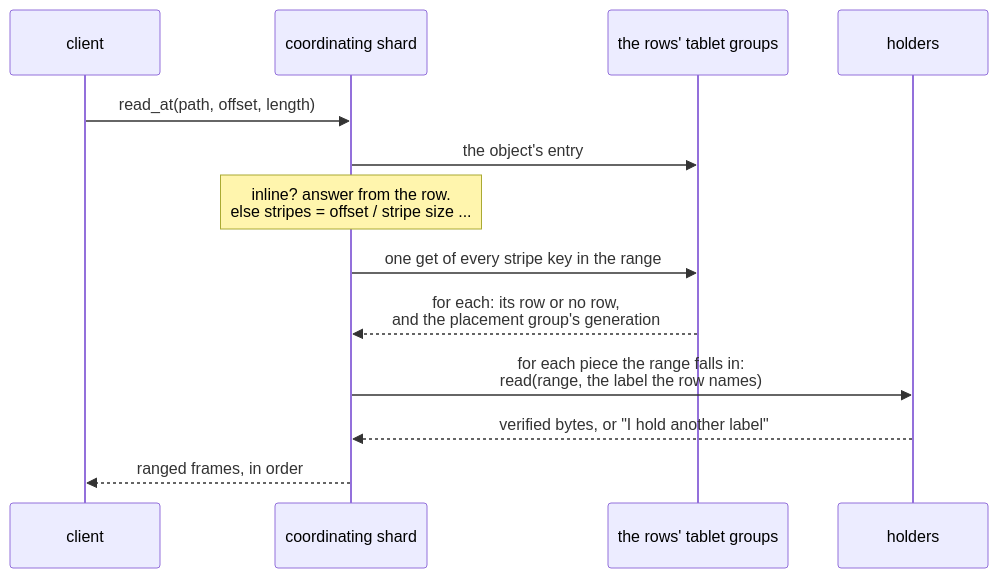
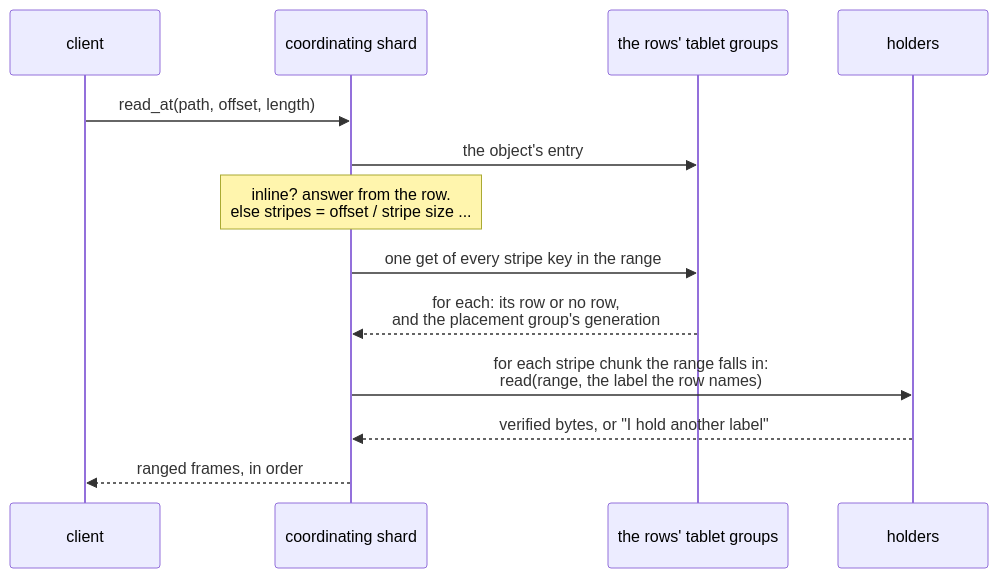
Before and after one commit to mjcarson/shoal: the diagram in docs/src/object-storage/read-path.md, drawn with Mermaid. The commit also changed other lines of this file and 78 other files, not shown here.

````diff
--- a/docs/src/object-storage/read-path.md
+++ b/docs/src/object-storage/read-path.md
@@ -34,15 +34,15 @@
 ```mermaid
 sequenceDiagram
     participant C as client
     participant N as coordinating shard
     participant G as the rows' tablet groups
     participant H as holders
     C->>N: read_at(path, offset, length)
     N->>G: the object's entry
     Note over N: inline? answer from the row.<br/>else stripes = offset / stripe size ...
     N->>G: one get of every stripe key in the range
     G-->>N: for each: its row or no row,<br/>and the placement group's generation
-    N->>H: for each piece the range falls in:<br/>read(range, the label the row names)
+    N->>H: for each stripe chunk the range falls in:<br/>read(range, the label the row names)
     H-->>N: verified bytes, or "I hold another label"
     N-->>C: ranged frames, in order
 ```
````
